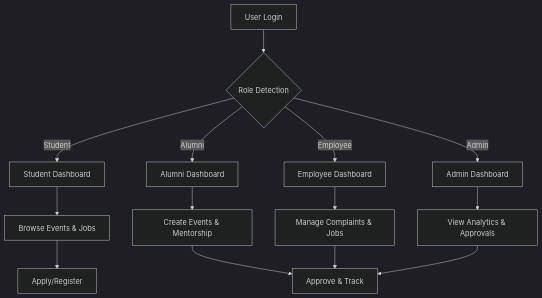
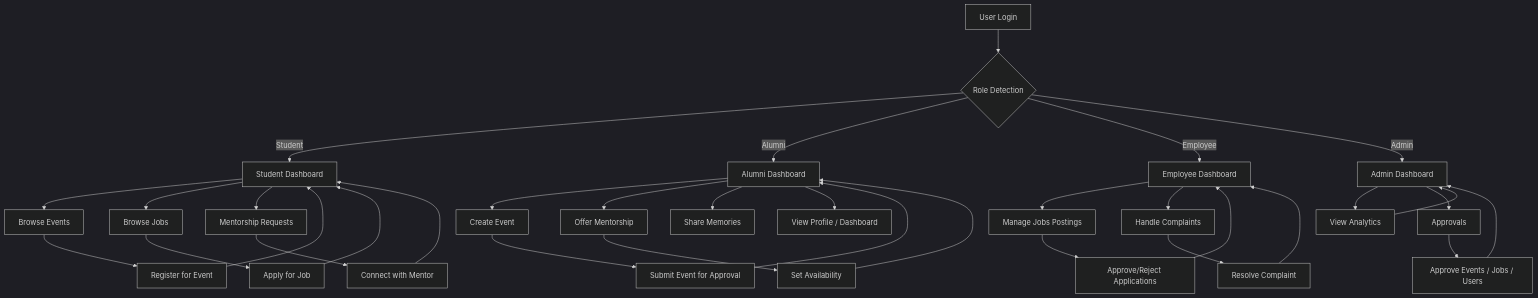
The diagram in README.md (SRUJA-N/allumini_data_managment_platform), drawn with Mermaid (dark theme) before and after one commit.

````diff
--- a/README.md
+++ b/README.md
@@ -66,16 +66,41 @@
 ```mermaid
 flowchart TD
   A[User Login] --> B{Role Detection}
-  B -->|Student| C[Student Dashboard]
-  B -->|Alumni| D[Alumni Dashboard]
-  B -->|Employee| E[Employee Dashboard]
-  B -->|Admin| F[Admin Dashboard]
-  C --> G[Browse Events & Jobs]
-  D --> H[Create Events & Mentorship]
-  E --> I[Manage Complaints & Jobs]
-  F --> J[View Analytics & Approvals]
-  G --> K[Apply/Register]
-  H --> L[Approve & Track]
-  I --> L
-  J --> L
+  B -->|Student| C1[Student Dashboard]
+  B -->|Alumni| C2[Alumni Dashboard]
+  B -->|Employee| C3[Employee Dashboard]
+  B -->|Admin| C4[Admin Dashboard]
+
+  C1 --> S1[Browse Events]
+  C1 --> S2[Browse Jobs]
+  C1 --> S3[Mentorship Requests]
+  S1 --> S1a[Register for Event]
+  S2 --> S2a[Apply for Job]
+  S3 --> S3a[Connect with Mentor]
+  S1a --> C1
+  S2a --> C1
+  S3a --> C1
+
+  C2 --> A1[Create Event]
+  C2 --> A2[Offer Mentorship]
+  C2 --> A3[Share Memories]
+  C2 --> A4[View Profile / Dashboard]
+  A1 --> A1a[Submit Event for Approval]
+  A2 --> A2a[Set Availability]
+  A1a --> C2
+  A2a --> C2
+  
+  C3 --> E1[Manage Jobs Postings]
+  C3 --> E2[Handle Complaints]
+  E1 --> E1a[Approve/Reject Applications]
+  E2 --> E2a[Resolve Complaint]
+  E1a --> C3
+  E2a --> C3
+
+  C4 --> D1[View Analytics]
+  C4 --> D2[Approvals]
+  D2 --> D2a[Approve Events / Jobs / Users]
+  D2a --> C4
+  D1 --> C4
+
 ```
````
